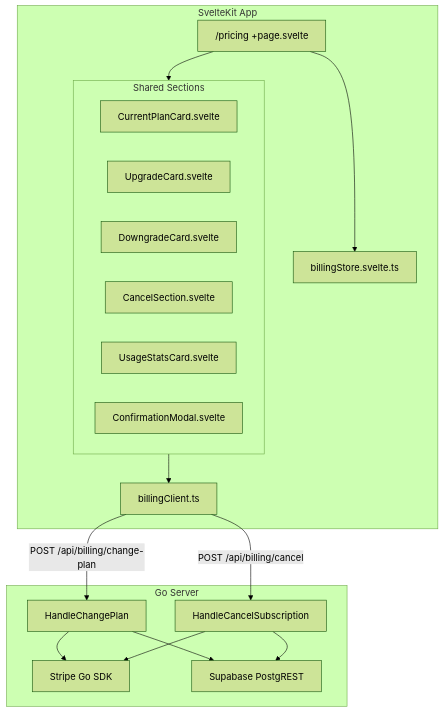
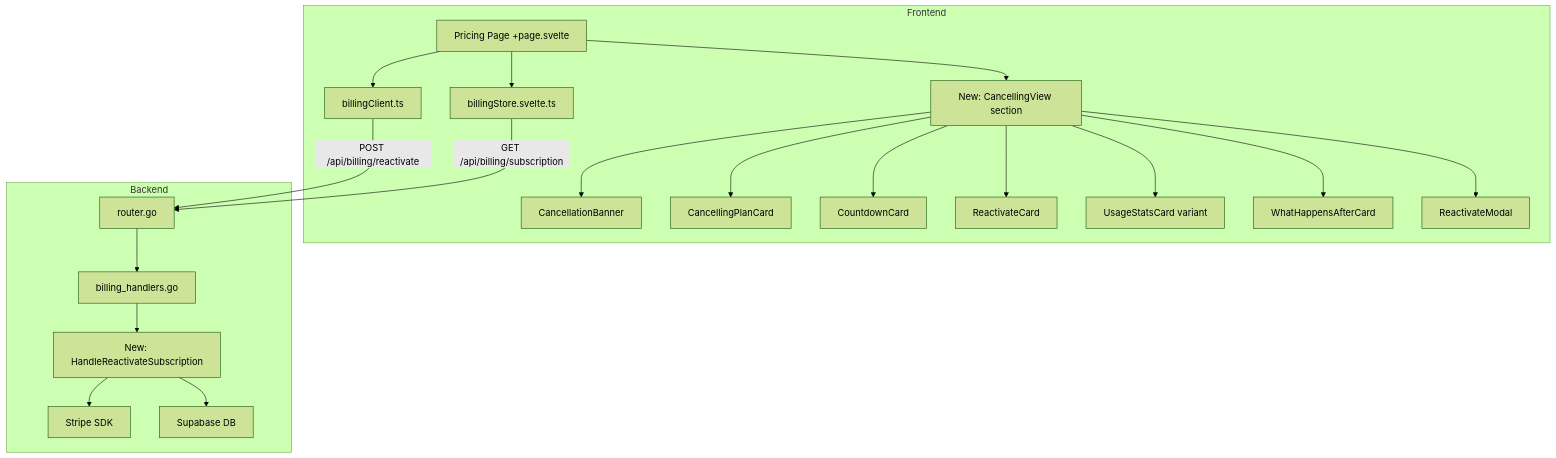
The first of 2 diagrams in .kiro/specs/subscription-management/design.md (mjablecnik/MetaCleaner), drawn with Mermaid (forest theme) before and after one commit. The commit also changed other lines of this file and 3 other files, not shown here.

Commit message:
feat: implement ending subscription state and reactivation UI components

````diff
--- a/.kiro/specs/subscription-management/design.md
+++ b/.kiro/specs/subscription-management/design.md
@@ -11,34 +21,25 @@
 ```mermaid
 graph TD
-    subgraph Frontend [SvelteKit App]
-        PricingPage["/pricing +page.svelte"]
-        BillingStore["billingStore.svelte.ts"]
-        BillingClient["billingClient.ts"]
-        
-        subgraph Components [Shared Sections]
-            CurrentPlanCard["CurrentPlanCard.svelte"]
-            UpgradeCard["UpgradeCard.svelte"]
-            DowngradeCard["DowngradeCard.svelte"]
-            CancelSection["CancelSection.svelte"]
-            UsageStatsCard["UsageStatsCard.svelte"]
-            ConfirmationModal["ConfirmationModal.svelte"]
-        end
+    subgraph Frontend
+        A[Pricing Page +page.svelte] --> B[billingStore.svelte.ts]
+        A --> C[New: CancellingView section]
+        C --> D[CancellationBanner]
+        C --> E[CancellingPlanCard]
+        C --> F[CountdownCard]
+        C --> G[ReactivateCard]
+        C --> H[UsageStatsCard variant]
+        C --> I[WhatHappensAfterCard]
+        C --> J[ReactivateModal]
+        A --> K[billingClient.ts]
     end
-    
-    subgraph Backend [Go Server]
-        ChangePlanHandler["HandleChangePlan"]
-        CancelHandler["HandleCancelSubscription"]
-        StripeClient["Stripe Go SDK"]
-        SupabaseDB["Supabase PostgREST"]
+
+    subgraph Backend
+        L[router.go] --> M[billing_handlers.go]
+        M --> N[New: HandleReactivateSubscription]
+        N --> O[Stripe SDK]
+        N --> P[Supabase DB]
     end
-    
-    PricingPage --> BillingStore
-    PricingPage --> Components
-    Components --> BillingClient
-    BillingClient -->|POST /api/billing/change-plan| ChangePlanHandler
-    BillingClient -->|POST /api/billing/cancel| CancelHandler
-    ChangePlanHandler --> StripeClient
-    ChangePlanHandler --> SupabaseDB
-    CancelHandler --> StripeClient
-    CancelHandler --> SupabaseDB
+
+    K -->|POST /api/billing/reactivate| L
+    B -->|GET /api/billing/subscription| L
 ```
````
